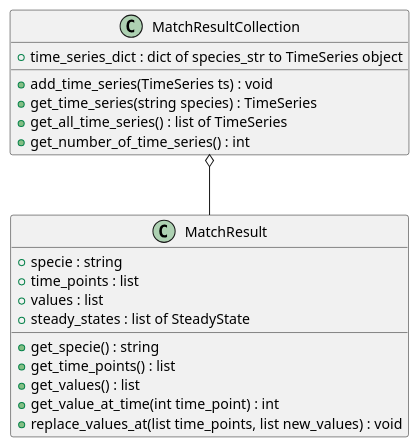
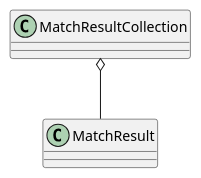
Before and after one commit to sys-bio/SBviper: the diagram in Design/mr_mrc.puml, drawn with PlantUML. The commit also changed 2 other files, not shown here.

Commit message:
finished modifying ts_tsc.plantuml

```diff
--- a/Design/mr_mrc.puml
+++ b/Design/mr_mrc.puml
@@ -1,27 +1,15 @@
 @startuml
 
 MatchResultCollection o-- MatchResult
 
 'TimeSeries *-- SteadyState
 
 class MatchResultCollection {
-    +time_series_dict : dict of species_str to TimeSeries object
-    +add_time_series(TimeSeries ts) : void
-    +get_time_series(string species) : TimeSeries
-    +get_all_time_series() : list of TimeSeries
-    +get_number_of_time_series() : int
+
 }
 
 class MatchResult {
-    +specie : string
-    +time_points : list
-    +values : list
-    +steady_states : list of SteadyState
-    +get_specie() : string
-    +get_time_points() : list
-    +get_values() : list
-    +get_value_at_time(int time_point) : int
-    +replace_values_at(list time_points, list new_values) : void
+
 }
 
 @enduml
```
